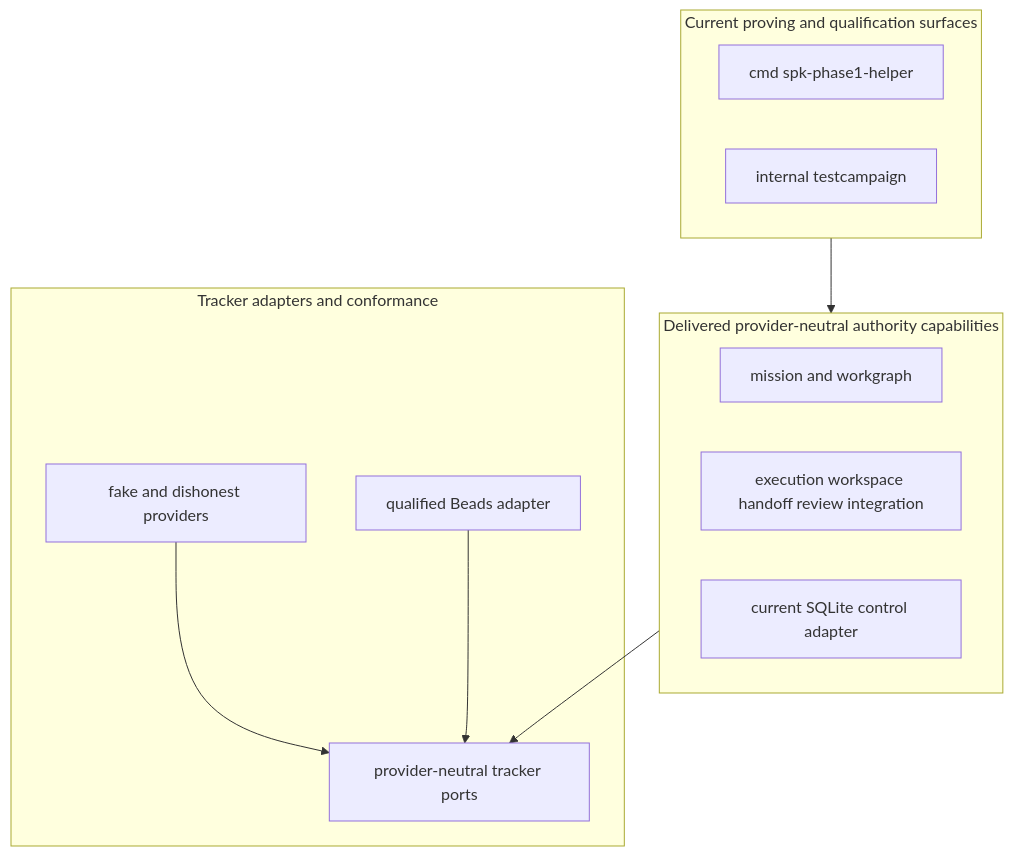
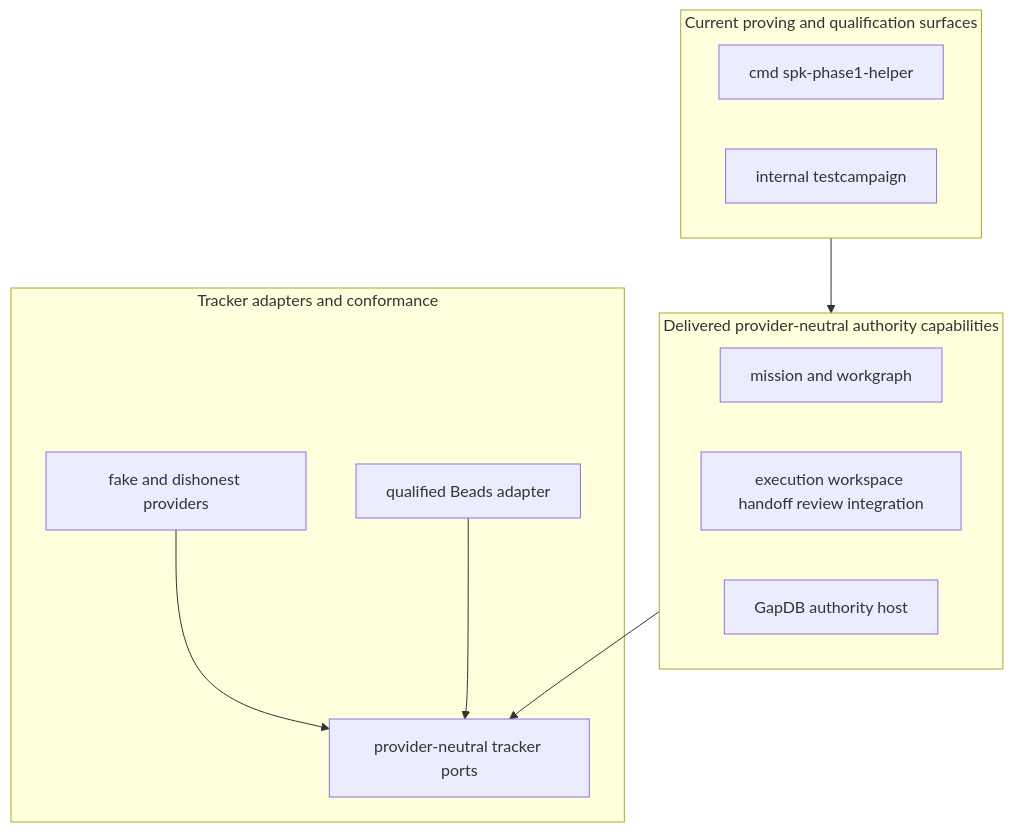
One commit to Ivan-Melck/spec-kitty-go changed the second of 3 diagrams in README.md. Above: the diagram before and after it, drawn with Mermaid. The commit also changed other lines of this file and 31 other files, not shown here.

````diff
--- a/README.md
+++ b/README.md
@@ -129,24 +129,24 @@
 ```mermaid
 flowchart TB
     subgraph Surface[Current proving and qualification surfaces]
         Helper[cmd spk-phase1-helper]
         Campaign[internal testcampaign]
     end
 
     subgraph Kernel[Delivered provider-neutral authority capabilities]
         Mission[mission and workgraph]
         Execution[execution workspace handoff review integration]
-        Store[current SQLite control adapter]
+		Store[GapDB authority host]
     end
 
     subgraph Providers[Tracker adapters and conformance]
         Ports[provider-neutral tracker ports]
         Fake[fake and dishonest providers]
         Beads[qualified Beads adapter]
     end
 
     Surface --> Kernel
     Kernel --> Ports
     Fake --> Ports
     Beads --> Ports
 ```
````
